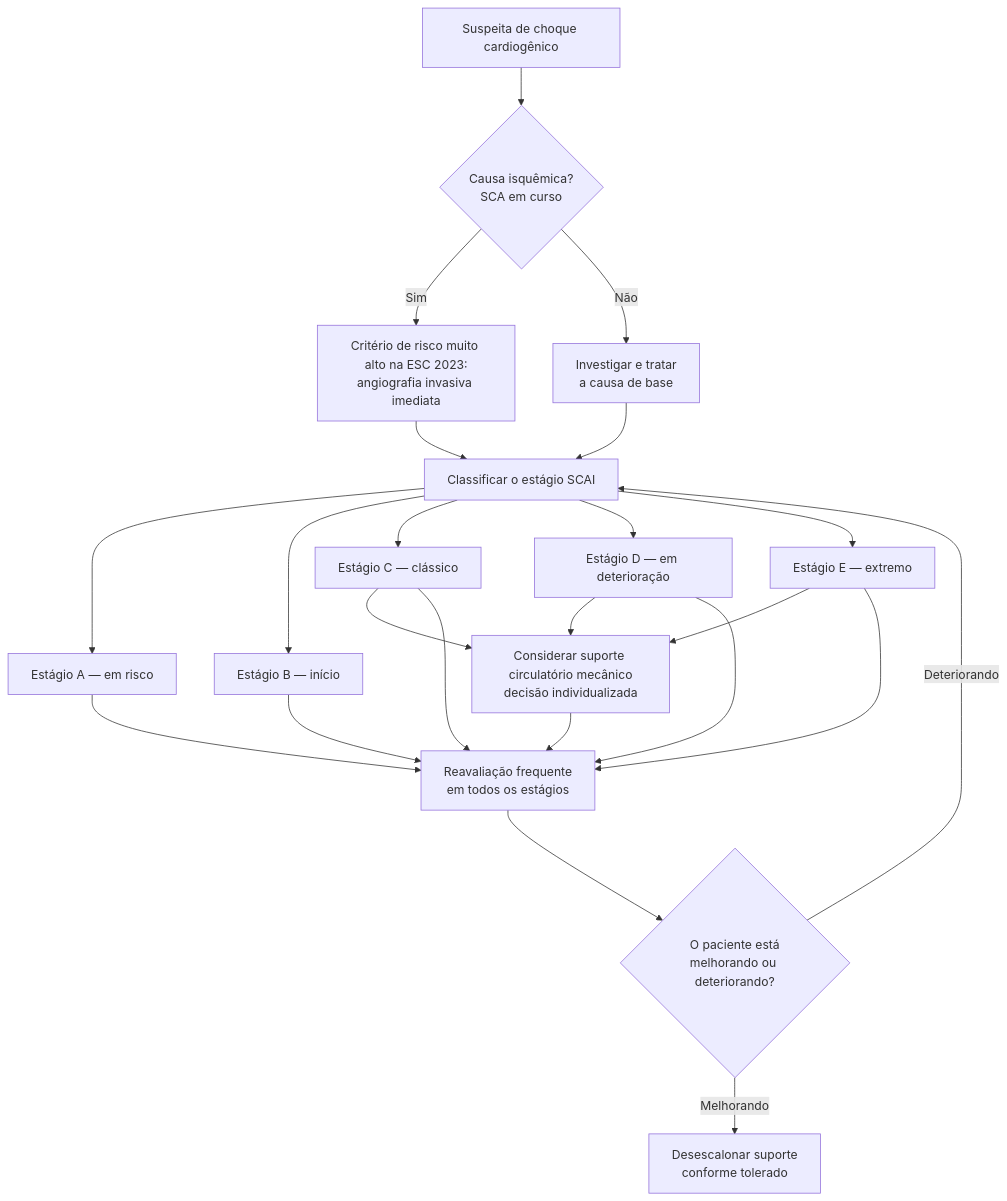
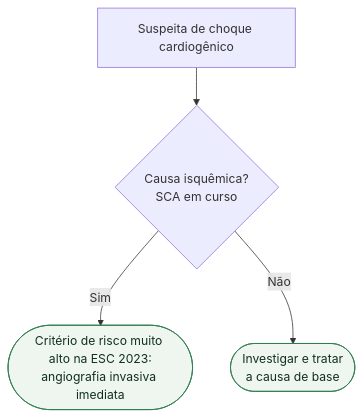
The first of 2 diagrams in content/Terapia_intensiva/fluxograma-choque-cardiogenico-estagios-scai.md (rafaelpaesmeirelles/MeuCardio), drawn with Mermaid before and after one commit. The commit also changed other lines of this file and 18 other files, not shown here.

````diff
--- a/content/Terapia_intensiva/fluxograma-choque-cardiogenico-estagios-scai.md
+++ b/content/Terapia_intensiva/fluxograma-choque-cardiogenico-estagios-scai.md
@@ -20,30 +20,10 @@
 ```mermaid
 flowchart TD
-  A["Suspeita de choque cardiogênico"] --> B{"Causa isquêmica?<br/>SCA em curso"}
-  B -->|Sim| C["Critério de risco muito alto na ESC 2023:<br/>angiografia invasiva imediata"]
-  B -->|Não| D["Investigar e tratar<br/>a causa de base"]
+  R0["Suspeita de choque cardiogênico"] --> D1{"Causa isquêmica?<br/>SCA em curso"}
 
-  C --> E["Classificar o estágio SCAI"]
-  D --> E
+  D1 -->|Sim| C1(["Critério de risco muito alto na ESC 2023:<br/>angiografia invasiva imediata"])
+  D1 -->|Não| C2(["Investigar e tratar<br/>a causa de base"])
 
-  E --> F["Estágio A — em risco"]
-  E --> G["Estágio B — início"]
-  E --> H["Estágio C — clássico"]
-  E --> I["Estágio D — em deterioração"]
-  E --> J["Estágio E — extremo"]
-
-  H --> K["Considerar suporte circulatório mecânico<br/>decisão individualizada"]
-  I --> K
-  J --> K
-
-  F --> L["Reavaliação frequente<br/>em todos os estágios"]
-  G --> L
-  H --> L
-  I --> L
-  J --> L
-  K --> L
-
-  L --> M{"O paciente está<br/>melhorando ou deteriorando?"}
-  M -->|Deteriorando| E
-  M -->|Melhorando| N["Desescalonar suporte<br/>conforme tolerado"]
+  classDef conduta fill:#eef6ef,stroke:#2f7a4f,color:#12301f;
+  class C1,C2 conduta;
 ```
````
